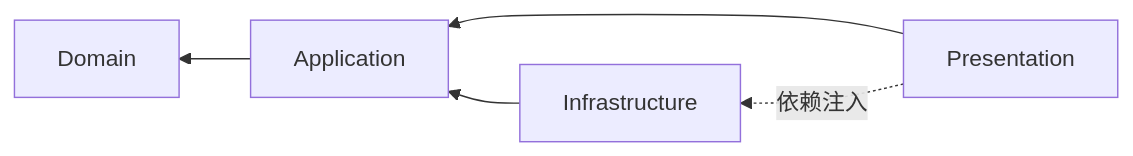
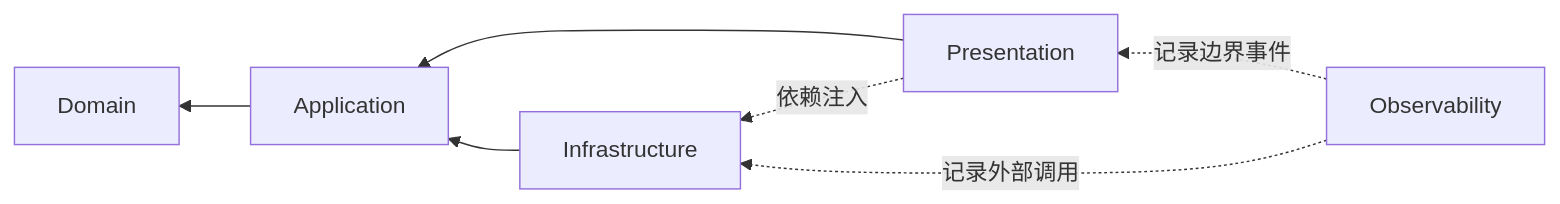
The first of 2 diagrams in docs/architecture.md (yiting001/agent), drawn with Mermaid before and after one commit. The commit also changed other lines of this file and 62 other files, not shown here.

````diff
--- a/docs/architecture.md
+++ b/docs/architecture.md
@@ -9,7 +9,9 @@
 ```mermaid
 flowchart RL
   Presentation[Presentation] --> Application[Application]
   Infrastructure[Infrastructure] --> Application
   Application --> Domain[Domain]
   Presentation -. 依赖注入 .-> Infrastructure
+  Observability[Observability] -. 记录边界事件 .-> Presentation
+  Observability -. 记录外部调用 .-> Infrastructure
 ```
````
